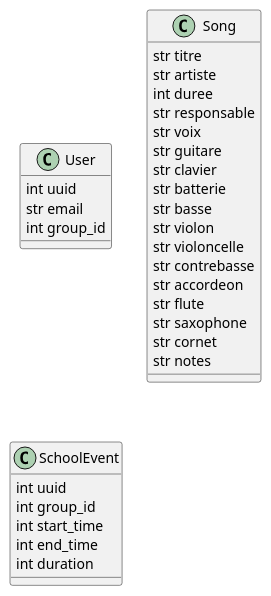
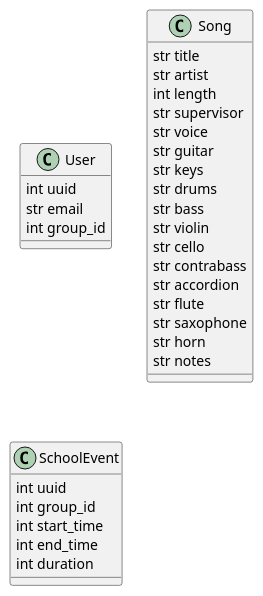
One commit to Tired-Biscuit/artebot changed the diagram in diagram.wsd. Above: the diagram before and after it, drawn with PlantUML.

Commit message:
Switche instruments to english

```diff
--- a/diagram.wsd
+++ b/diagram.wsd
@@ -1,34 +1,34 @@
 @startuml Diagram
 
 class User
 User : int uuid
 User : str email
 User : int group_id
 
 class Song
-Song : str titre
-Song : str artiste
-Song : int duree
-Song : str responsable
-Song : str voix
-Song : str guitare
-Song : str clavier
-Song : str batterie
-Song : str basse
-Song : str violon
-Song : str violoncelle
-Song : str contrebasse
-Song : str accordeon
+Song : str title
+Song : str artist
+Song : int length
+Song : str supervisor
+Song : str voice
+Song : str guitar
+Song : str keys
+Song : str drums
+Song : str bass
+Song : str violin
+Song : str cello
+Song : str contrabass
+Song : str accordion
 Song : str flute
 Song : str saxophone
-Song : str cornet
+Song : str horn
 Song : str notes
 
 class SchoolEvent
 SchoolEvent : int uuid
 SchoolEvent : int group_id
 SchoolEvent : int start_time
 SchoolEvent : int end_time
 SchoolEvent : int duration
 
 @enduml
```
